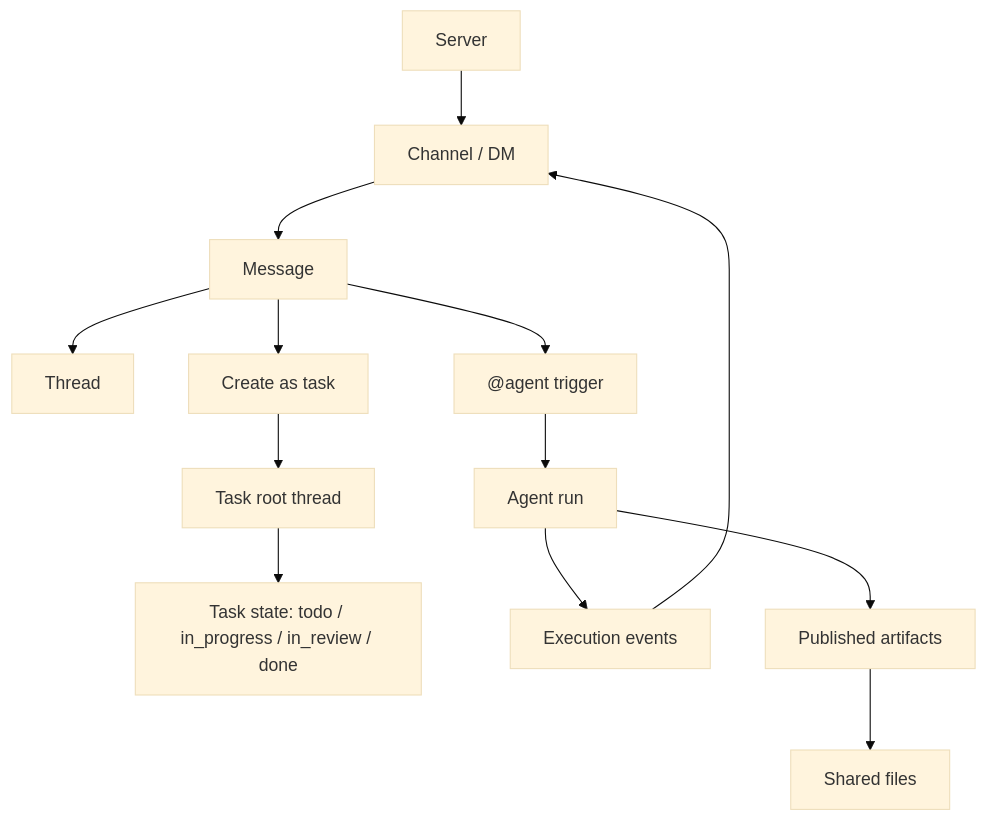
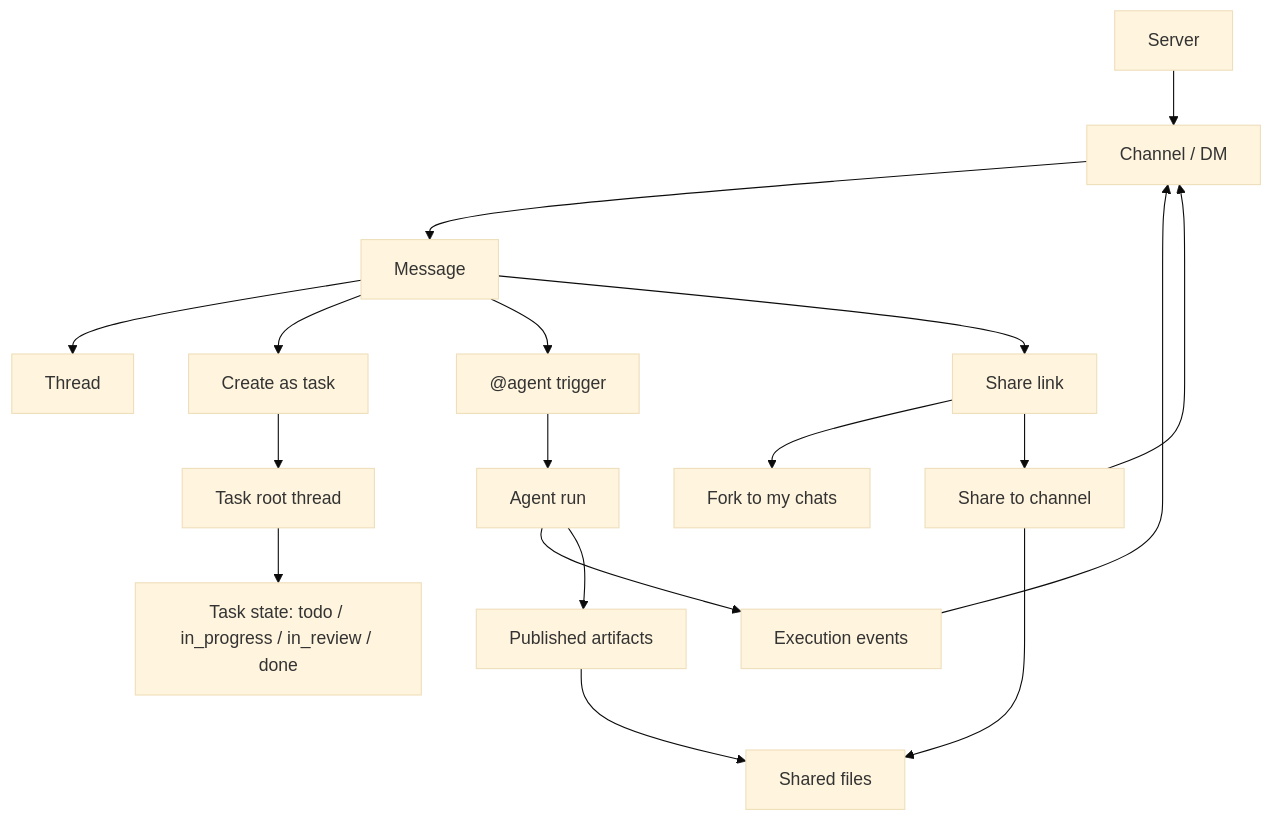
One commit to ffy6511/poco-docs-vercel changed the diagram in content/docs/en/features/server-collaboration/index.mdx. Above: the diagram before and after it, drawn with Mermaid (base theme). The commit also changed other lines of this file and 5 other files, not shown here.

Commit message:
docs:share link 与频道导入功能的说明文档

````diff
--- a/content/docs/en/features/server-collaboration/index.mdx
+++ b/content/docs/en/features/server-collaboration/index.mdx
@@ -12,15 +12,20 @@
 ```mermaid
 flowchart TD
     A["Server"] --> B["Channel / DM"]
     B --> C["Message"]
     C --> D["Thread"]
     C --> E["Create as task"]
     C --> F["@agent trigger"]
     E --> G["Task root thread"]
     G --> L["Task state: todo / in_progress / in_review / done"]
     F --> H["Agent run"]
     H --> I["Execution events"]
     H --> J["Published artifacts"]
+    C --> M["Share link"]
+    M --> N["Fork to my chats"]
+    M --> O["Share to channel"]
+    O --> B
+    O --> K
     I --> B
     J --> K["Shared files"]
 ```
````
